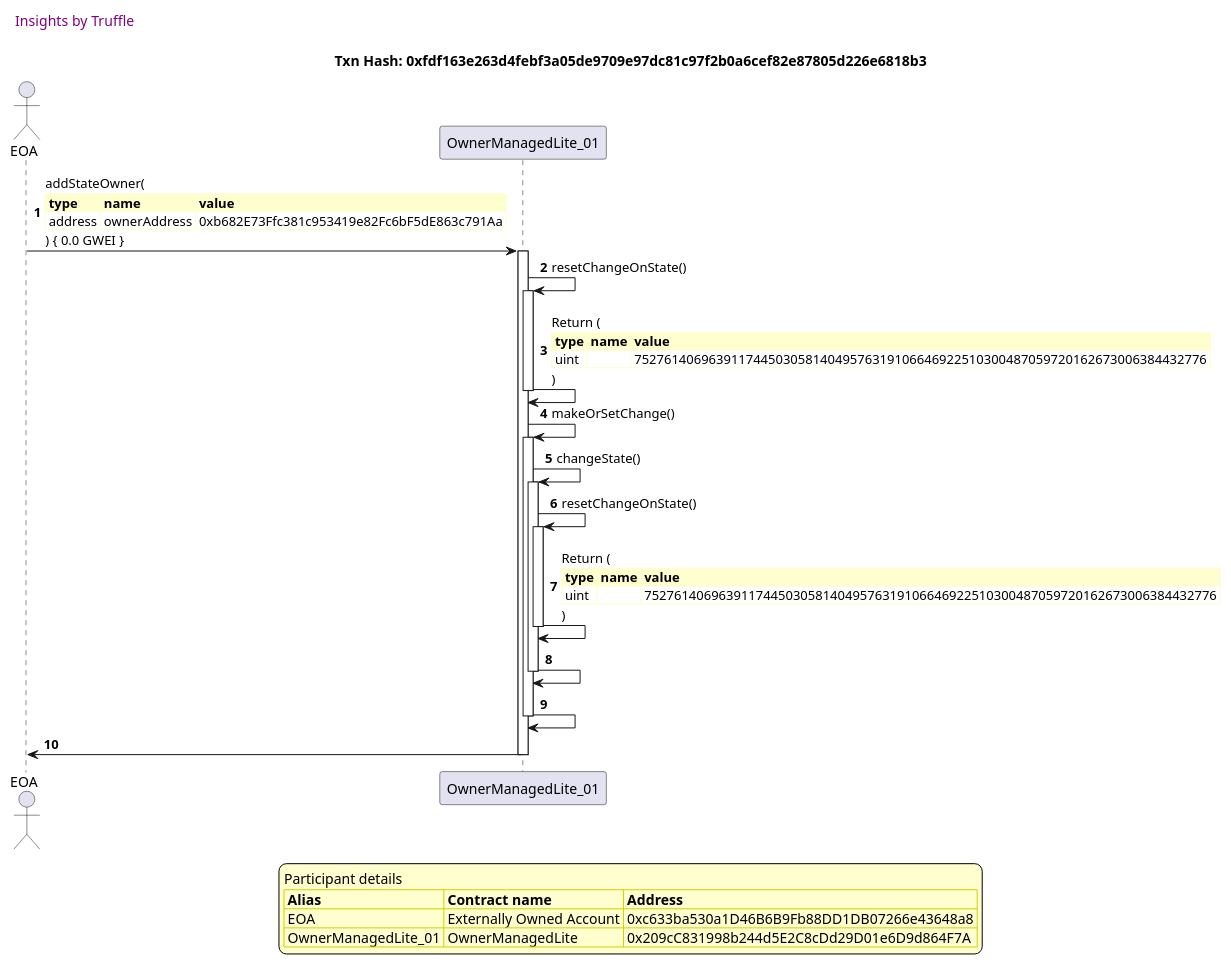
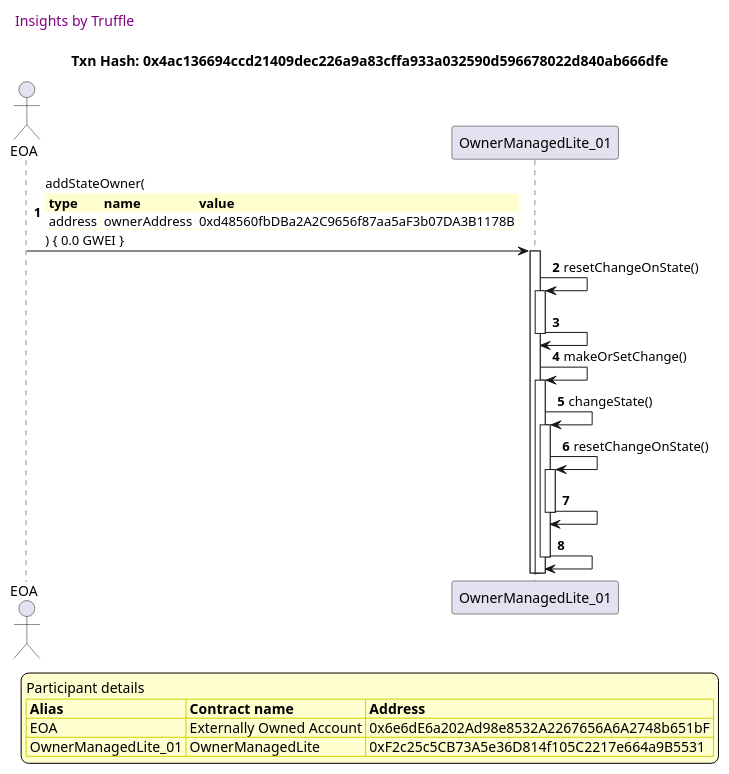
Diagram 15 of 26 in truffle-seq/OwnerManagedLite_test_add_owner.md (thedarkjester/ConsensysAssignment), drawn with PlantUML before and after one commit. The commit also changed other lines of this file and 13 other files, not shown here.

````diff
--- a/truffle-seq/OwnerManagedLite_test_add_owner.md
+++ b/truffle-seq/OwnerManagedLite_test_add_owner.md
@@ -690,54 +682,46 @@
 ```plantuml
 
 
 @startuml
 
 autonumber
 skinparam legendBackgroundColor #FEFECE
 
 <style>
       header {
         HorizontalAlignment left
         FontColor purple
         FontSize 14
         Padding 10
       }
     </style>
 
 header Insights by Truffle
 
-title Txn Hash: 0xfdf163e263d4febf3a05de9709e97dc81c97f2b0a6cef82e87805d226e6818b3
+title Txn Hash: 0x4ac136694ccd21409dec226a9a83cffa933a032590d596678022d840ab666dfe
 
 
 actor EOA as "EOA"
 participant OwnerManagedLite_01 as "OwnerManagedLite_01"
 
 "EOA" -> "OwnerManagedLite_01" ++: addStateOwner(\n\
 <#FEFECE,#FEFECE>|= type |= name |= value |\n\
-| address | ownerAddress | 0xb682E73Ffc381c953419e82Fc6bF5dE863c791Aa |\n\
+| address | ownerAddress | 0xd48560fbDBa2A2C9656f87aa5aF3b07DA3B1178B |\n\
 ) { 0.0 GWEI }
 "OwnerManagedLite_01" -> "OwnerManagedLite_01" ++: resetChangeOnState()
-"OwnerManagedLite_01" -> "OwnerManagedLite_01" --: Return (\n\
-<#FEFECE,#FEFECE>|= type |= name |= value |\n\
-| uint |  | 75276140696391174450305814049576319106646922510300487059720162673006384432776 |\n\
-)
+"OwnerManagedLite_01" -> "OwnerManagedLite_01" --: 
 "OwnerManagedLite_01" -> "OwnerManagedLite_01" ++: makeOrSetChange()
 "OwnerManagedLite_01" -> "OwnerManagedLite_01" ++: changeState()
 "OwnerManagedLite_01" -> "OwnerManagedLite_01" ++: resetChangeOnState()
-"OwnerManagedLite_01" -> "OwnerManagedLite_01" --: Return (\n\
-<#FEFECE,#FEFECE>|= type |= name |= value |\n\
-| uint |  | 75276140696391174450305814049576319106646922510300487059720162673006384432776 |\n\
-)
 "OwnerManagedLite_01" -> "OwnerManagedLite_01" --: 
 "OwnerManagedLite_01" -> "OwnerManagedLite_01" --: 
-"OwnerManagedLite_01" -> "EOA" --: 
 
 legend
 Participant details
 <#FEFECE,#D0D000>|= Alias |= Contract name |= Address |
-<#FEFECE>| EOA | Externally Owned Account | 0xc633ba530a1D46B6B9Fb88DD1DB07266e43648a8 |
-<#FEFECE>| OwnerManagedLite_01 | OwnerManagedLite | 0x209cC831998b244d5E2C8cDd29D01e6D9d864F7A |
+<#FEFECE>| EOA | Externally Owned Account | 0x6e6dE6a202Ad98e8532A2267656A6A2748b651bF |
+<#FEFECE>| OwnerManagedLite_01 | OwnerManagedLite | 0xF2c25c5CB73A5e36D814f105C2217e664a9B5531 |
 endlegend
 
 @enduml
 ```
````
